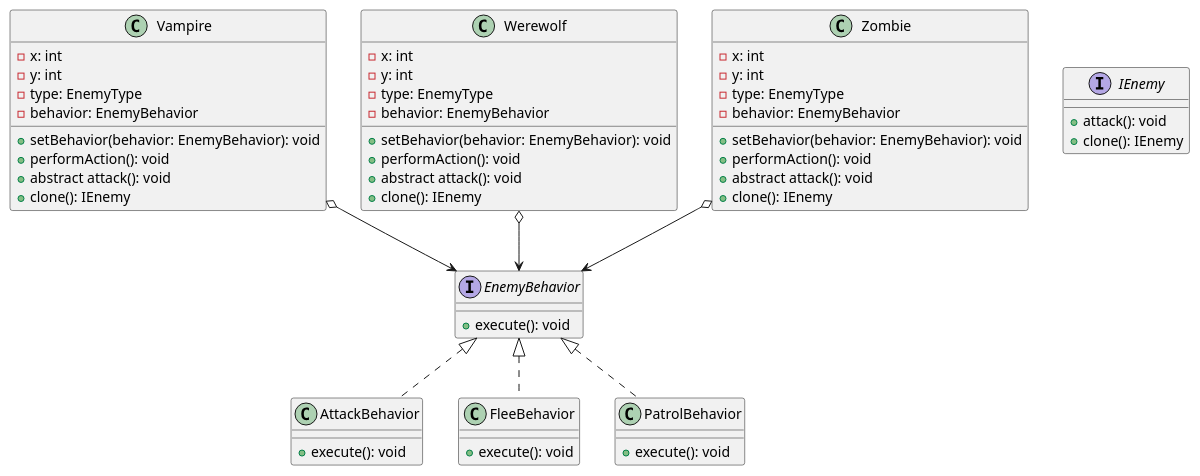
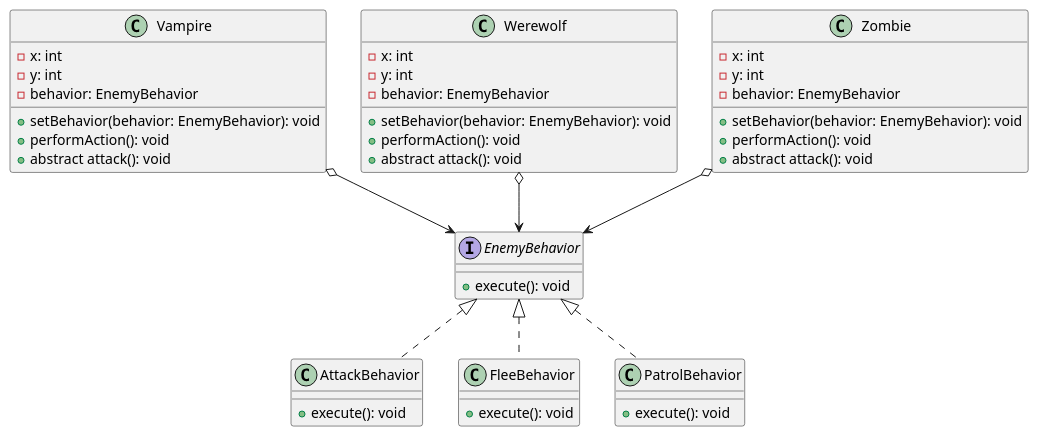
One commit to project-survivor/documentation changed the diagram in UML/Strategy/enemy.strategy.plantuml. Above: the diagram before and after it, drawn with PlantUML.

Commit message:
feat: je pense que mon plat préféré est la pizza

```diff
--- a/UML/Strategy/enemy.strategy.plantuml
+++ b/UML/Strategy/enemy.strategy.plantuml
@@ -1,63 +1,53 @@
 @startuml
 hide footbox
 
 interface EnemyBehavior {
     +execute(): void
 }
 
 class AttackBehavior implements EnemyBehavior {
     +execute(): void
 }
 
 class FleeBehavior implements EnemyBehavior {
     +execute(): void
 }
 
 class PatrolBehavior implements EnemyBehavior {
     +execute(): void
 }
  
 Vampire o--> EnemyBehavior
 Werewolf o--> EnemyBehavior
 Zombie o--> EnemyBehavior
- 
-interface IEnemy {
-    +attack(): void
-    +clone(): IEnemy
-}
+
 
 class Zombie {
     -x: int
     -y: int
-    -type: EnemyType
     -behavior: EnemyBehavior
     +setBehavior(behavior: EnemyBehavior): void
     +performAction(): void
     +abstract attack(): void
-    +clone(): IEnemy
 }
 
 class Vampire {
     -x: int
     -y: int
-    -type: EnemyType
     -behavior: EnemyBehavior
     +setBehavior(behavior: EnemyBehavior): void
     +performAction(): void
     +abstract attack(): void
-    +clone(): IEnemy
 }
 
 class Werewolf {
     -x: int
     -y: int
-    -type: EnemyType
     -behavior: EnemyBehavior
     +setBehavior(behavior: EnemyBehavior): void
     +performAction(): void
     +abstract attack(): void
-    +clone(): IEnemy
 }
 
 
 @enduml
```
